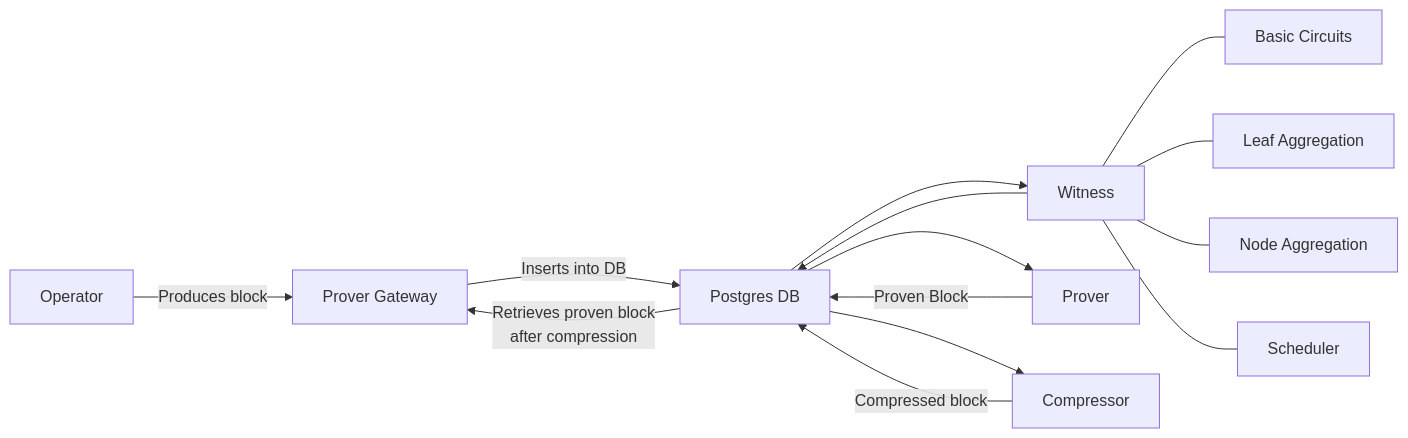
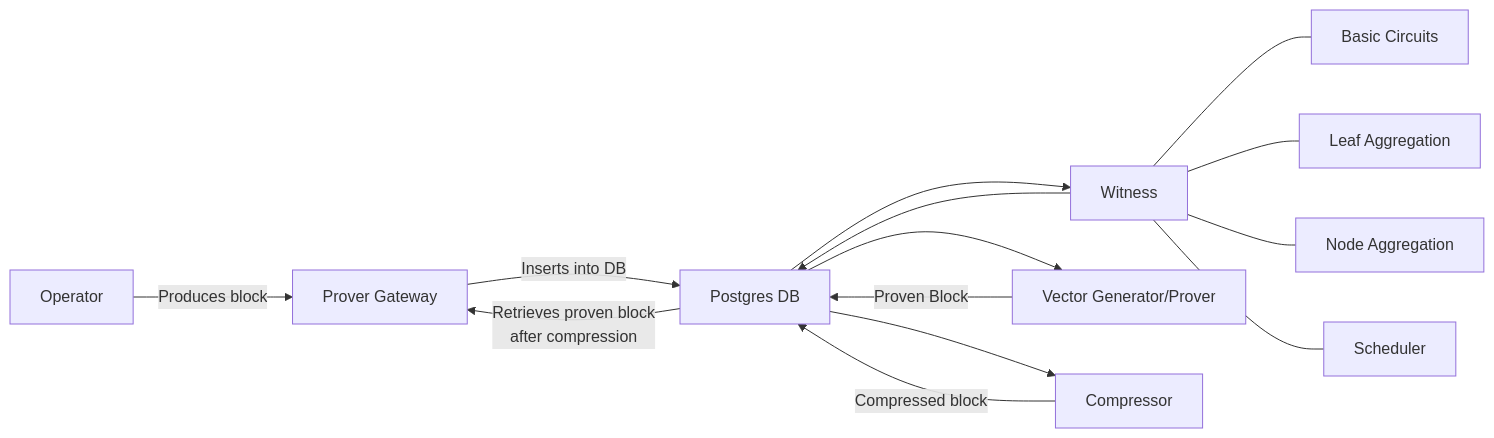
Before and after one commit to matter-labs/zksync-era: the diagram in prover/prover_fri/README.md, drawn with Mermaid. The commit also changed other lines of this file, not shown here.

First line of the commit message:
docs(prover): Add quick-setup for GPU provers + doc tweaks (#1397)

````diff
--- a/prover/prover_fri/README.md
+++ b/prover/prover_fri/README.md
@@ -27,16 +17,16 @@
 ```mermaid
 flowchart LR
     A["Operator"] --> |Produces block| F[Prover Gateway]
     F --> |Inserts into DB| B["Postgres DB"]
     B --> |Retrieves proven block \nafter compression| F
     B --> C["Witness"]
     C --- C1["Basic Circuits"]
     C --- C2["Leaf Aggregation"]
     C --- C3["Node Aggregation"]
     C --- C4["Scheduler"]
     C --> B
-    B --> D["Prover"]
+    B --> D["Vector Generator/Prover"]
     D --> |Proven Block| B
-    B --> E["Compressor"]
-    E --> |Compressed block| B
+    B --> G["Compressor"]
+    G --> |Compressed block| B
 ```
````
